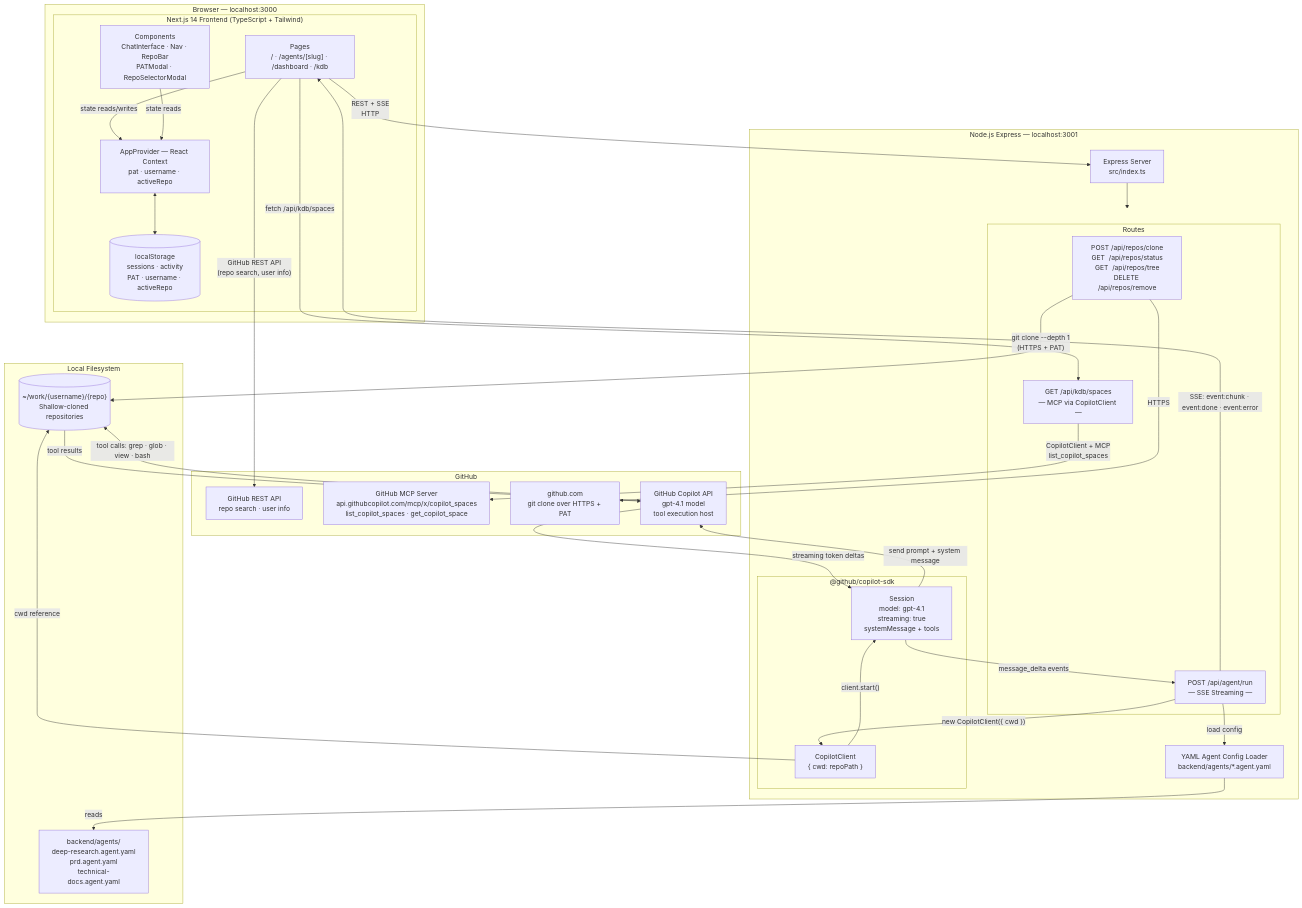
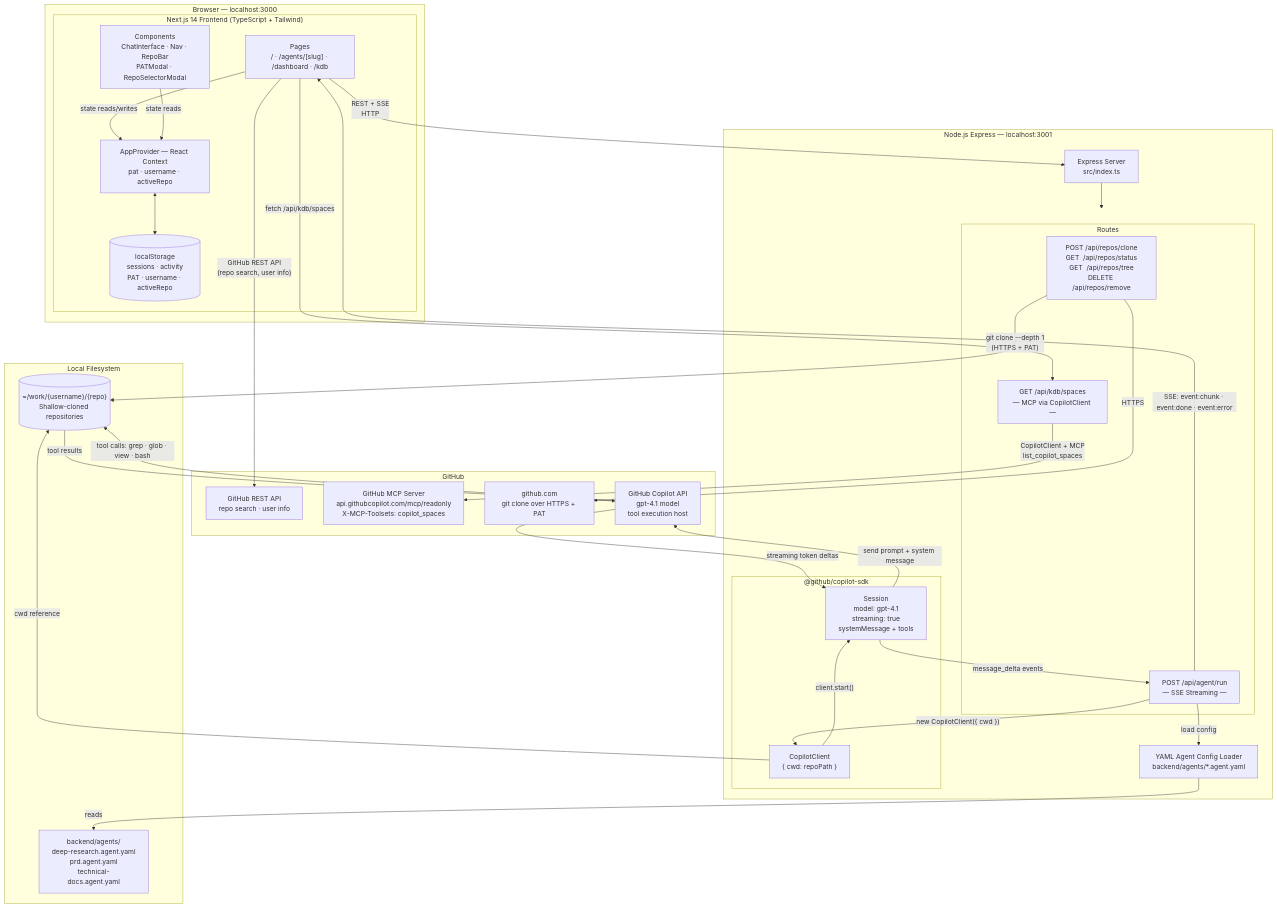
Before and after one commit to ricardocovo/agentic-web-spec: the first of 3 diagrams in ARCHITECTURE.md, drawn with Mermaid. The commit also changed other lines of this file and 3 other files, not shown here.

First line of the commit message:
fix: use correct GitHub MCP server URL and auth for Copilot Spaces

````diff
--- a/ARCHITECTURE.md
+++ b/ARCHITECTURE.md
@@ -9,80 +9,80 @@
 ```mermaid
 flowchart TD
     subgraph Browser["Browser — localhost:3000"]
         subgraph NextJS["Next.js 14 Frontend (TypeScript + Tailwind)"]
             Pages["Pages\n/ · /agents/[slug] · /dashboard · /kdb"]
             Components["Components\nChatInterface · Nav · RepoBar\nPATModal · RepoSelectorModal"]
             AppCtx["AppProvider — React Context\npat · username · activeRepo"]
             LS[("localStorage\nsessions · activity\nPAT · username · activeRepo")]
         end
     end
 
     subgraph Backend["Node.js Express — localhost:3001"]
         Express["Express Server\nsrc/index.ts"]
 
         subgraph Routes["Routes"]
             ReposRoute["POST /api/repos/clone\nGET  /api/repos/status\nGET  /api/repos/tree\nDELETE /api/repos/remove"]
             AgentRoute["POST /api/agent/run\n— SSE Streaming —"]
             KdbRoute["GET /api/kdb/spaces\n— MCP via CopilotClient —"]
         end
 
         YAMLLoader["YAML Agent Config Loader\nbackend/agents/*.agent.yaml"]
 
         subgraph CopilotSDK["@github/copilot-sdk"]
             CopilotClient["CopilotClient\n{ cwd: repoPath }"]
             Session["Session\nmodel: gpt-4.1\nstreaming: true\nsystemMessage + tools"]
         end
     end
 
     subgraph Disk["Local Filesystem"]
         WorkDir[("~/work/{username}/{repo}\nShallow-cloned repositories")]
         AgentYAML["backend/agents/\ndeep-research.agent.yaml\nprd.agent.yaml\ntechnical-docs.agent.yaml"]
     end
 
     subgraph GitHub["GitHub"]
         GitHubAPI["GitHub REST API\nrepo search · user info"]
-        CopilotSpacesMCP["GitHub MCP Server\napi.githubcopilot.com/mcp/x/copilot_spaces\nlist_copilot_spaces · get_copilot_space"]
+        CopilotSpacesMCP["GitHub MCP Server\napi.githubcopilot.com/mcp/readonly\nX-MCP-Toolsets: copilot_spaces"]
         GitRemote["github.com\ngit clone over HTTPS + PAT"]
         CopilotAPI["GitHub Copilot API\ngpt-4.1 model\ntool execution host"]
     end
 
     %% Frontend internal
     Pages -- state reads/writes --> AppCtx
     AppCtx <--> LS
     Components -- state reads --> AppCtx
 
     %% Frontend → Backend
     Pages -- "REST + SSE\nHTTP" --> Express
     Express --> Routes
 
     %% Repos route
     ReposRoute -- "git clone --depth 1\n(HTTPS + PAT)" --> WorkDir
     ReposRoute -- HTTPS --> GitRemote
 
     %% KDB route
     KdbRoute -- "CopilotClient + MCP\nlist_copilot_spaces" --> CopilotSpacesMCP
     Pages -- "fetch /api/kdb/spaces" --> KdbRoute
 
     %% Agent route
     AgentRoute -- "load config" --> YAMLLoader
     YAMLLoader -- "reads" --> AgentYAML
     AgentRoute -- "new CopilotClient({ cwd })" --> CopilotClient
     CopilotClient -- "client.start()" --> Session
     CopilotClient -- "cwd reference" --> WorkDir
 
     %% SDK → Copilot API
     Session -- "send prompt + system message" --> CopilotAPI
     CopilotAPI -- "tool calls: grep · glob · view · bash" --> WorkDir
     WorkDir -- "tool results" --> CopilotAPI
     CopilotAPI -- "streaming token deltas" --> Session
 
     %% Streaming back to browser
     Session -- "message_delta events" --> AgentRoute
     AgentRoute -- "SSE: event:chunk · event:done · event:error" --> Pages
 
     %% Frontend → GitHub API (PAT auth)
     Pages -- "GitHub REST API\n(repo search, user info)" --> GitHubAPI
     
     %% KDB spaces listed via MCP server (CopilotClient session)
     %% Agent sessions optionally attach copilot_spaces MCP for space context
 ```
````
